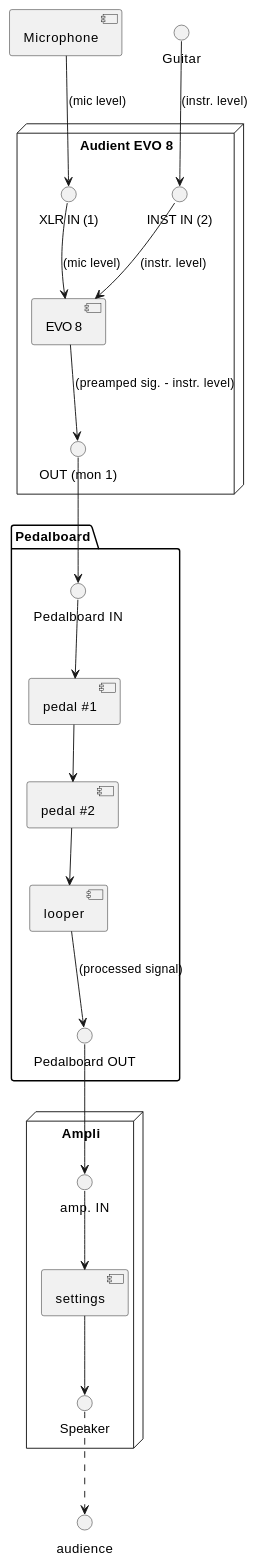
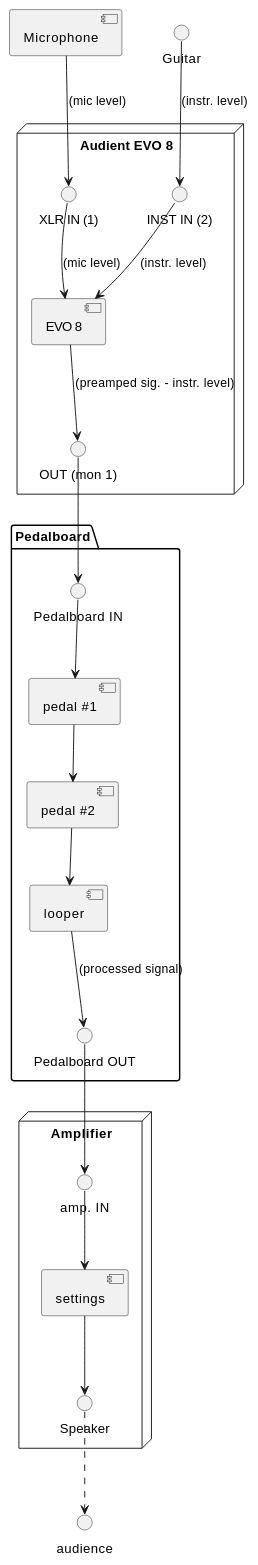
One commit to Moustov/pedalboard changed the first of 2 diagrams in studio.md. Above: the diagram before and after it, drawn with PlantUML.

Commit message:
cleaning project

````diff
--- a/studio.md
+++ b/studio.md
@@ -5,29 +5,29 @@
 ```plantuml
 @startuml soundboardBased
 
 package "Pedalboard" {
   "Pedalboard IN" --> [pedal #1]
   [pedal #1] --> [pedal #2]
   [pedal #2] --> [looper]
   [looper] --> "Pedalboard OUT" : "(processed signal)"
 }
 
 node "Audient EVO 8" {
   "XLR IN (1)" --> [EVO 8] : "(mic level)"
   "INST IN (2)" --> [EVO 8] : "(instr. level)"
   [EVO 8] --> "OUT (mon 1)" : "(preamped sig. - instr. level)"
 }
 
-node "Ampli" {
+node "Amplifier" {
   "amp. IN" --> [settings]
   [settings] --> "Speaker"
 }
 
 [Microphone] --> "XLR IN (1)" : "(mic level)"
 "Guitar" --> "INST IN (2)" : "(instr. level)"
 "OUT (mon 1)" --> "Pedalboard IN"
 "Pedalboard OUT" --> "amp. IN"
 "Speaker" ..> audience
 
 @enduml
 ```
````
